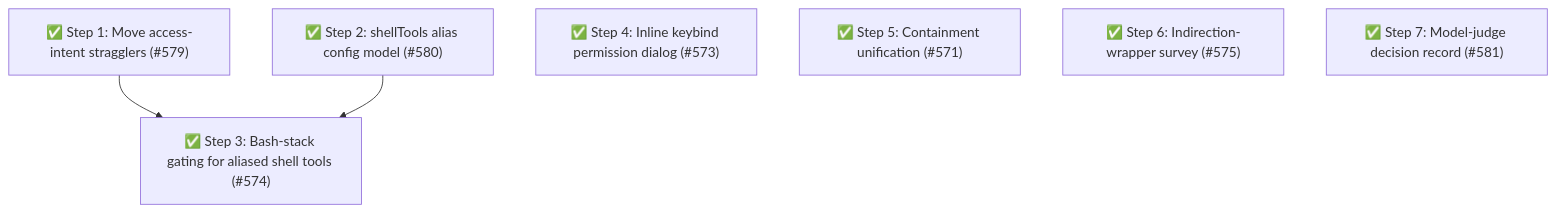
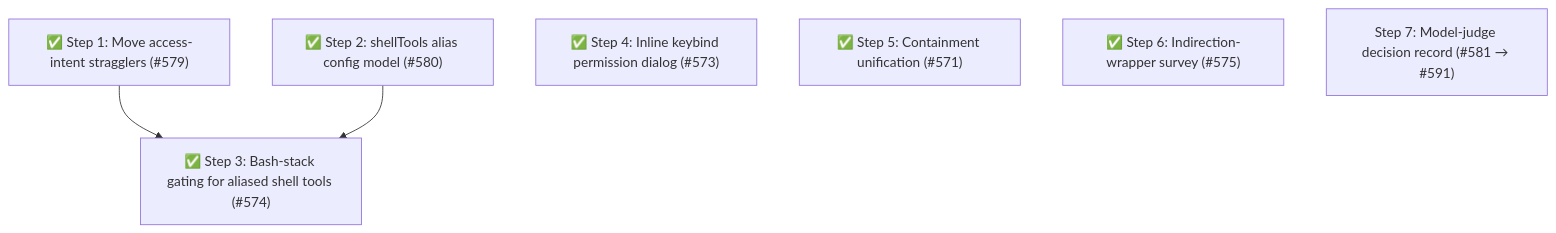
The fourth of 4 diagrams in packages/pi-permission-system/docs/architecture/architecture.md (whaoa/forked-gotgenes-pi-packages), drawn with Mermaid before and after one commit. The commit also changed other lines of this file and 1 other file, not shown here.

First line of the commit message:
docs(pi-permission-system): revert premature ADR 0007 and Step 7 completion (#581)

````diff
--- a/packages/pi-permission-system/docs/architecture/architecture.md
+++ b/packages/pi-permission-system/docs/architecture/architecture.md
@@ -998,12 +996,12 @@
 ```mermaid
 flowchart TD
     S1["✅ Step 1: Move access-intent stragglers (#579)"]
     S2["✅ Step 2: shellTools alias config model (#580)"]
     S3["✅ Step 3: Bash-stack gating for aliased shell tools (#574)"]
     S4["✅ Step 4: Inline keybind permission dialog (#573)"]
     S5["✅ Step 5: Containment unification (#571)"]
     S6["✅ Step 6: Indirection-wrapper survey (#575)"]
-    S7["✅ Step 7: Model-judge decision record (#581)"]
+    S7["Step 7: Model-judge decision record (#581 → #591)"]
     S1 --> S3
     S2 --> S3
 ```
````
